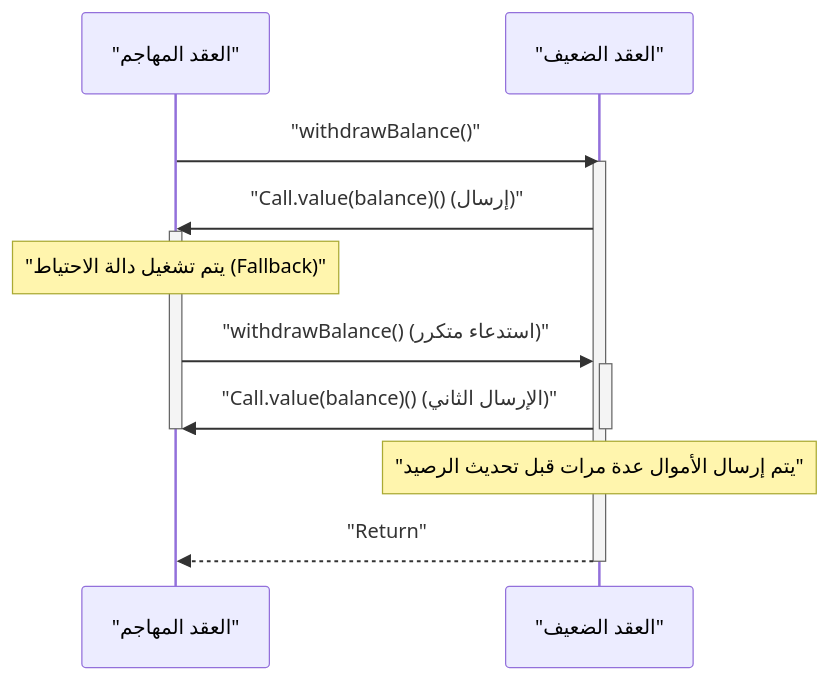
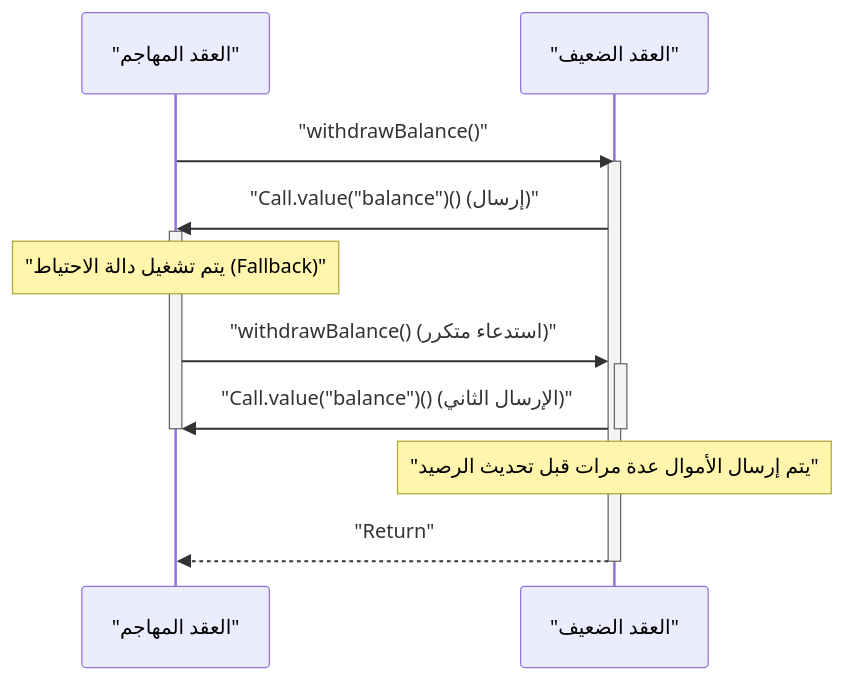
Before and after one commit to kenjinote/blog: the second of 2 diagrams in content/post/blockchain-technology-smart-contract-distributed-ledger/index.ar.md, drawn with Mermaid. The commit also changed 929 other files, not shown here.

Commit message:
fix: Add double quotes to all Mermaid node texts to resolve syntax errors

````diff
--- a/content/post/blockchain-technology-smart-contract-distributed-ledger/index.ar.md
+++ b/content/post/blockchain-technology-smart-contract-distributed-ledger/index.ar.md
@@ -185,19 +185,19 @@
 ```mermaid
 sequenceDiagram
     participant A as "العقد المهاجم"
     participant V as "العقد الضعيف"
 
     A->>V: "withdrawBalance()"
     activate V
-    V->>A: "Call.value(balance)() (إرسال)"
+    V->>A: "Call.value("balance")() (إرسال)"
     activate A
     Note over A: "يتم تشغيل دالة الاحتياط (Fallback)"
     A->>V: "withdrawBalance() (استدعاء متكرر)"
     activate V
-    V->>A: "Call.value(balance)() (الإرسال الثاني)"
+    V->>A: "Call.value("balance")() (الإرسال الثاني)"
     deactivate V
     deactivate A
     Note over V: "يتم إرسال الأموال عدة مرات قبل تحديث الرصيد"
     V-->>A: "Return"
     deactivate V
 ```
````
